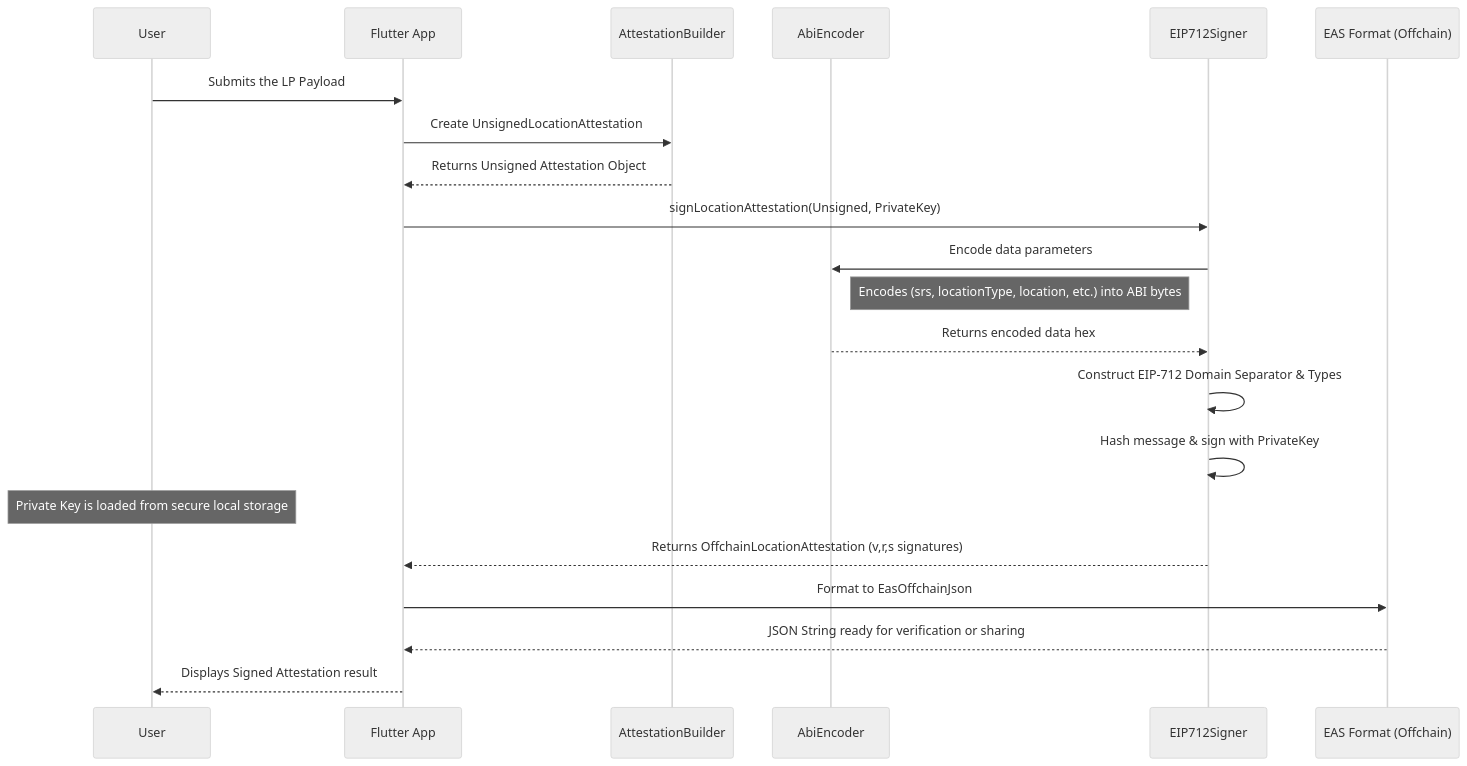
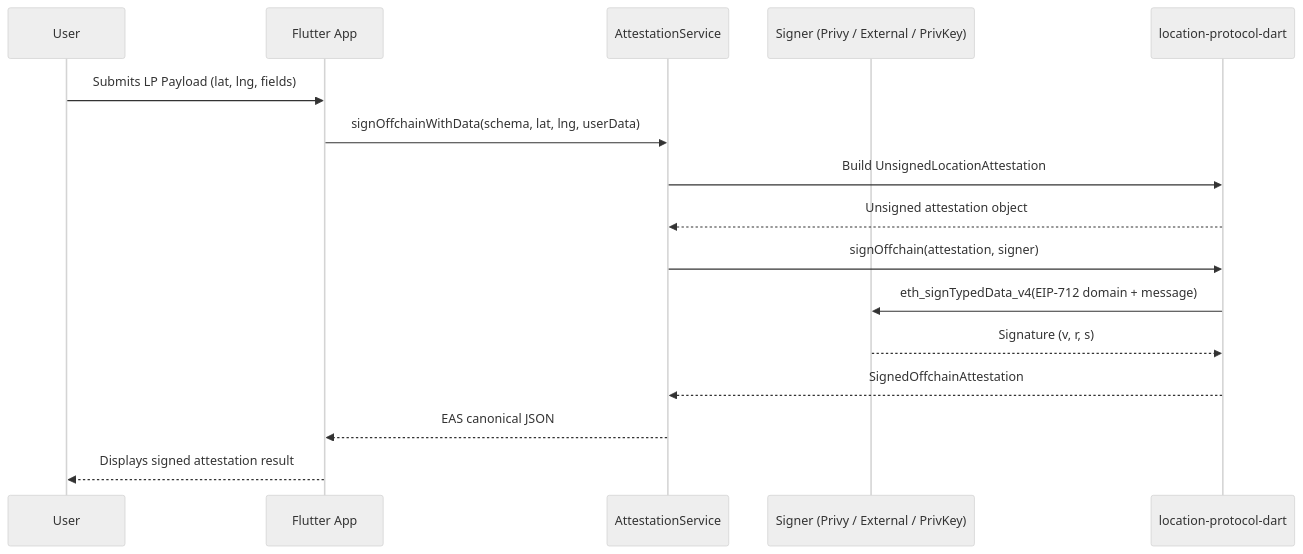
The first of 2 diagrams in docs/location_protocol_architecture.md (SethDocherty/location-protocol-flutter-app), drawn with Mermaid (neutral theme) before and after one commit. The commit also changed other lines of this file and 3 other files, not shown here.

Commit message:
docs: enhance README and walkthrough with detailed app capabilities and architecture overview

````diff
--- a/docs/location_protocol_architecture.md
+++ b/docs/location_protocol_architecture.md
@@ -15,29 +46,21 @@
 ```mermaid
 sequenceDiagram
     participant User
     participant App as Flutter App
-    participant Builder as AttestationBuilder
-    participant Encoder as AbiEncoder
-    participant Signer as EIP712Signer
-    participant EAS as EAS Format (Offchain)
+    participant AttestationService
+    participant Signer as Signer (Privy / External / PrivKey)
+    participant Library as location-protocol-dart
 
-    User->>App: Submits the LP Payload
-    App->>Builder: Create UnsignedLocationAttestation
-    Builder-->>App: Returns Unsigned Attestation Object
+    User->>App: Submits LP Payload (lat, lng, fields)
+    App->>AttestationService: signOffchainWithData(schema, lat, lng, userData)
+    AttestationService->>Library: Build UnsignedLocationAttestation
+    Library-->>AttestationService: Unsigned attestation object
 
-    App->>Signer: signLocationAttestation(Unsigned, PrivateKey)
-    
-    Signer->>Encoder: Encode data parameters
-    Note right of Encoder: Encodes (srs, locationType, location, etc.) into ABI bytes
-    Encoder-->>Signer: Returns encoded data hex
+    AttestationService->>Library: signOffchain(attestation, signer)
+    Library->>Signer: eth_signTypedData_v4(EIP-712 domain + message)
+    Signer-->>Library: Signature (v, r, s)
+    Library-->>AttestationService: SignedOffchainAttestation
 
-    Signer->>Signer: Construct EIP-712 Domain Separator & Types
-    Signer->>Signer: Hash message & sign with PrivateKey
-    Note over User: Private Key is loaded from secure local storage
-
-    Signer-->>App: Returns OffchainLocationAttestation (v,r,s signatures)
-
-    App->>EAS: Format to EasOffchainJson
-    EAS-->>App: JSON String ready for verification or sharing
-    App-->>User: Displays Signed Attestation result
+    AttestationService-->>App: EAS canonical JSON
+    App-->>User: Displays signed attestation result
 ```
````
